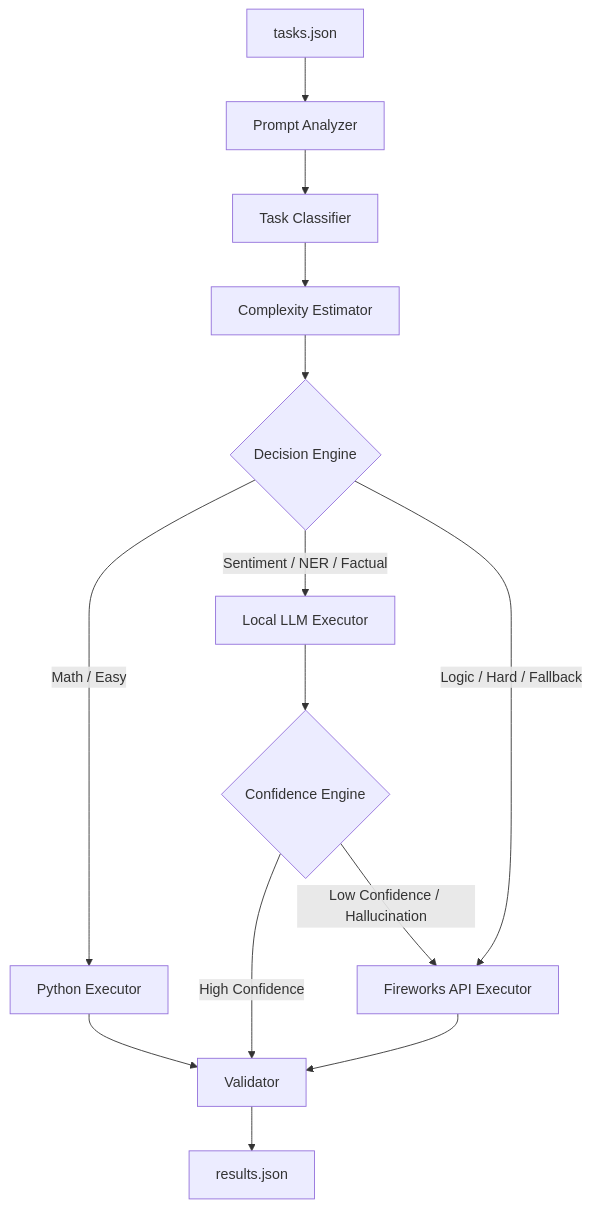
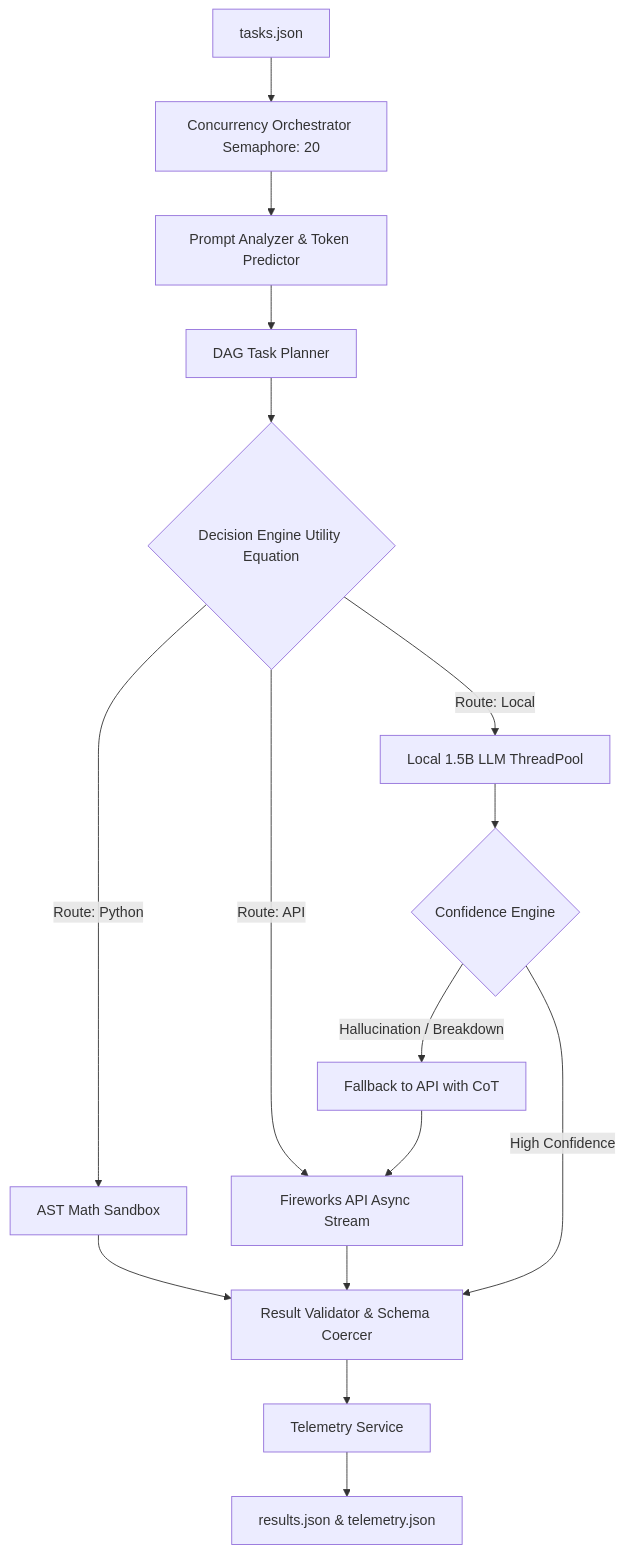
One commit to RudraMalvankar/Base42 changed the diagram in Agents.md. Above: the diagram before and after it, drawn with Mermaid. The commit also changed other lines of this file and 6 other files, not shown here.

````diff
--- a/Agents.md
+++ b/Agents.md
@@ -25,20 +13,22 @@
 ```mermaid
 graph TD
-    A[tasks.json] --> B[Prompt Analyzer]
-    B --> C[Task Classifier]
-    C --> D[Complexity Estimator]
-    D --> E{Decision Engine}
+    A[tasks.json] --> B[Concurrency Orchestrator Semaphore: 20]
+    B --> C[Prompt Analyzer & Token Predictor]
+    C --> D[DAG Task Planner]
+    D --> E{Decision Engine Utility Equation}
     
-    E -->|Math / Easy| F[Python Executor]
-    E -->|Sentiment / NER / Factual| G[Local LLM Executor]
-    E -->|Logic / Hard / Fallback| H[Fireworks API Executor]
+    E -->|Route: Python| F[AST Math Sandbox]
+    E -->|Route: Local| G[Local 1.5B LLM ThreadPool]
+    E -->|Route: API| H[Fireworks API Async Stream]
     
-    G --> I{Confidence Engine}
-    I -->|High Confidence| J[Validator]
-    I -->|Low Confidence / Hallucination| H
+    F --> I[Result Validator & Schema Coercer]
+    G --> J{Confidence Engine}
+    H --> I
     
-    F --> J
-    H --> J
+    J -->|High Confidence| I
+    J -->|Hallucination / Breakdown| K[Fallback to API with CoT]
+    K --> H
     
-    J --> K[results.json]
+    I --> L[Telemetry Service]
+    L --> M[results.json & telemetry.json]
 ```
````
